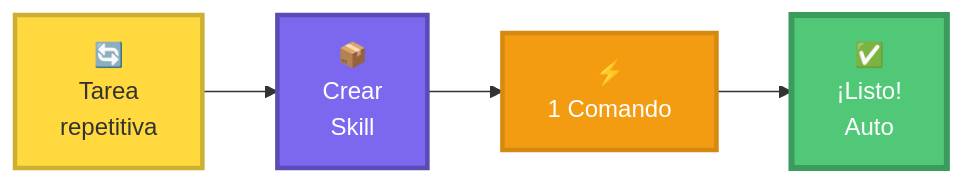
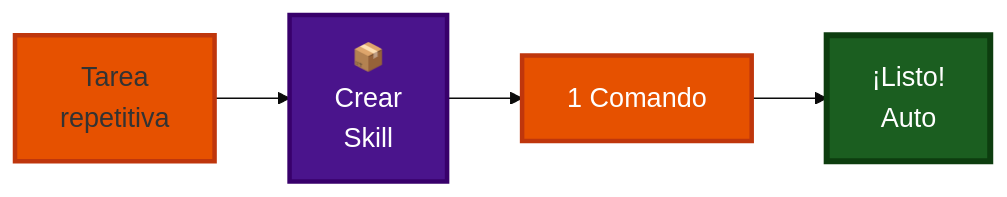
One commit to Ai-Whisperers/Courses-Content changed the sixth of 16 diagrams in courses/🟡-development/FPUNA-2026/00-FUNDAMENTOS-PRINCIPALES/02-maestria-configuracion.md. Above: the diagram before and after it, drawn with Mermaid. The commit also changed other lines of this file and 47 other files, not shown here.

First line of the commit message:
fix: Make all 473 diagrams WCAG AAA accessible (FPUNA-2026)

````diff
--- a/courses/🟡-development/FPUNA-2026/00-FUNDAMENTOS-PRINCIPALES/02-maestria-configuracion.md
+++ b/courses/🟡-development/FPUNA-2026/00-FUNDAMENTOS-PRINCIPALES/02-maestria-configuracion.md
@@ -421,11 +426,12 @@
 ```mermaid
+%%{init: {'theme':'base', 'themeVariables': {'fontSize':'18px'}}}%%
 graph LR
-    A["🔄<br/>Tarea<br/>repetitiva"] --> B["📦<br/>Crear<br/>Skill"]
-    B --> C["⚡<br/>1 Comando"]
-    C --> D["✅<br/>¡Listo!<br/>Auto"]
+    A["Tarea<br/>repetitiva"] --> B["📦<br/>Crear<br/>Skill"]
+    B --> C["1 Comando"]
+    C --> D["¡Listo!<br/>Auto"]
     
-    style A fill:#FFD93D,stroke:#CCB031,stroke-width:3px,color:#333
-    style B fill:#7B68EE,stroke:#5A4BB5,stroke-width:3px,color:#fff
-    style C fill:#F39C12,stroke:#D68910,stroke-width:3px,color:#fff
-    style D fill:#50C878,stroke:#3A9B5C,stroke-width:4px,color:#fff
+    style A fill:#e65100,stroke:#bf360c,stroke-width:3px,color:#333
+    style B fill:#4a148c,stroke:#38006b,stroke-width:3px,color:#fff
+    style C fill:#e65100,stroke:#bf360c,stroke-width:3px,color:#fff
+    style D fill:#1b5e20,stroke:#0d3d0f,stroke-width:4px,color:#fff
 ```
````
